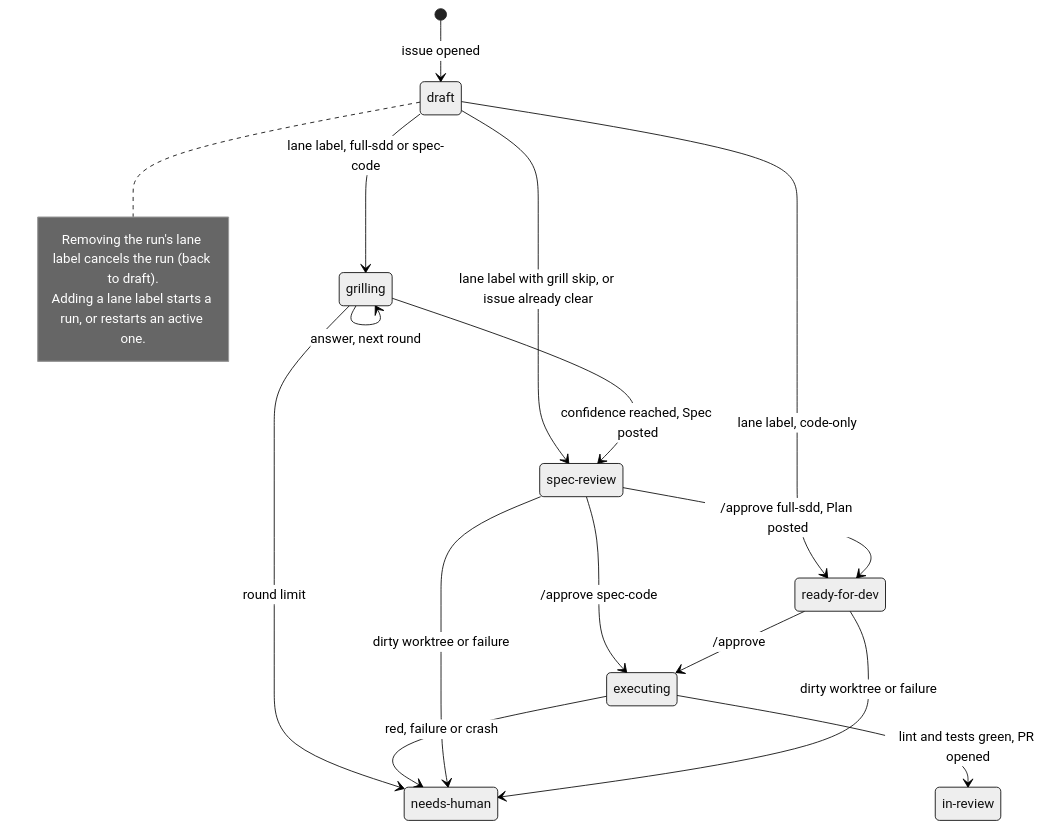
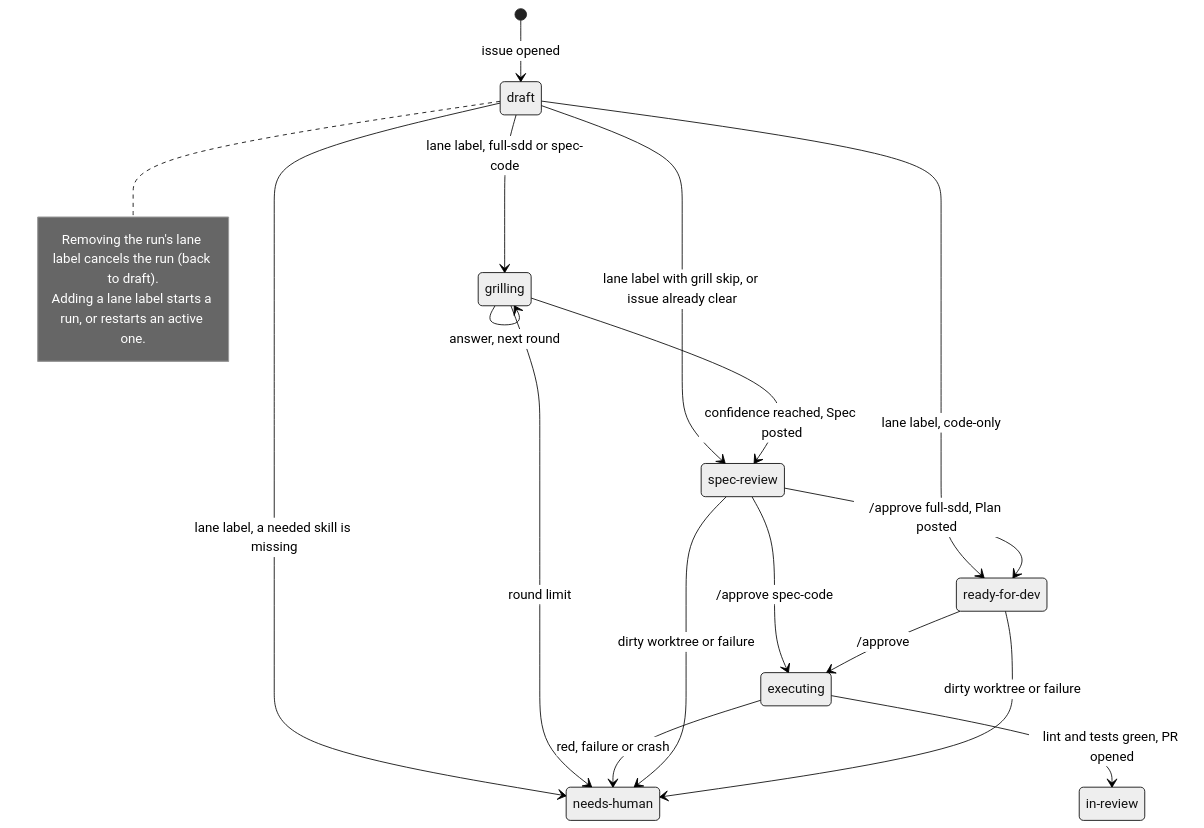
One commit to Hugoer/sdd-agent changed the diagram in docs/specs/spec-github-agent-architecture-overview.md. Above: the diagram before and after it, drawn with Mermaid (neutral theme). The commit also changed other lines of this file and 5 other files, not shown here.

````diff
--- a/docs/specs/spec-github-agent-architecture-overview.md
+++ b/docs/specs/spec-github-agent-architecture-overview.md
@@ -250,30 +263,31 @@
 ```mermaid
 stateDiagram-v2
     state "draft" as draft
     state "grilling" as grilling
     state "spec-review" as specReview
     state "ready-for-dev" as readyForDev
     state "executing" as executing
     state "in-review" as inReview
     state "needs-human" as needsHuman
 
     [*] --> draft: issue opened
     draft --> grilling: lane label, full-sdd or spec-code
     draft --> specReview: lane label with grill skip, or issue already clear
     draft --> readyForDev: lane label, code-only
+    draft --> needsHuman: lane label, a needed skill is missing
     grilling --> grilling: answer, next round
     grilling --> specReview: confidence reached, Spec posted
     grilling --> needsHuman: round limit
     specReview --> readyForDev: /approve full-sdd, Plan posted
     specReview --> executing: /approve spec-code
     readyForDev --> executing: /approve
     executing --> inReview: lint and tests green, PR opened
     executing --> needsHuman: red, failure or crash
     specReview --> needsHuman: dirty worktree or failure
     readyForDev --> needsHuman: dirty worktree or failure
 
     note right of draft
         Removing the run's lane label cancels the run (back to draft).
         Adding a lane label starts a run, or restarts an active one.
     end note
 ```
````
